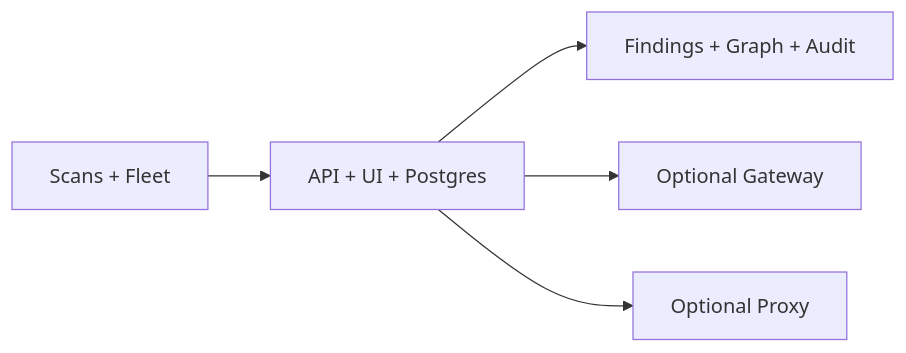
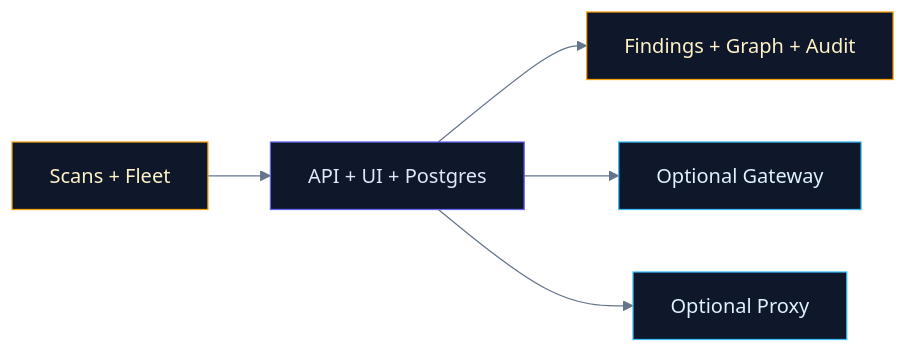
One commit to Rish-2006/agent-bom changed the diagram in README.md. Above: the diagram before and after it, drawn with Mermaid. The commit also changed other lines of this file, not shown here.

First paragraph of the commit message:
fix(readme): repair self-hosted mermaid + drop redundant engine-internals image (#2029)
## Summary

````diff
--- a/README.md
+++ b/README.md
@@ -192,7 +183,12 @@
 ```mermaid
+%%{init: {"theme":"base","themeVariables":{"primaryColor":"#0f172a","primaryBorderColor":"#6366f1","primaryTextColor":"#e0e7ff","lineColor":"#64748b"}}}%%
 flowchart LR
-    Scan["Scans + Fleet"] --> API["API + UI + Postgres"]
-    API --> Graph["Findings + Graph + Audit"]
-    API --> Gateway["Optional Gateway"]
-    API --> Proxy["Optional Proxy"]
+    classDef ctrl fill:#0f172a,stroke:#6366f1,color:#e0e7ff
+    classDef data fill:#0f172a,stroke:#f59e0b,color:#fef3c7
+    classDef edge fill:#0f172a,stroke:#38bdf8,color:#e0f2fe
+
+    Scan["Scans + Fleet"]:::data --> API["API + UI + Postgres"]:::ctrl
+    API --> Graph["Findings + Graph + Audit"]:::data
+    API --> Gateway["Optional Gateway"]:::edge
+    API --> Proxy["Optional Proxy"]:::edge
 ```
````
